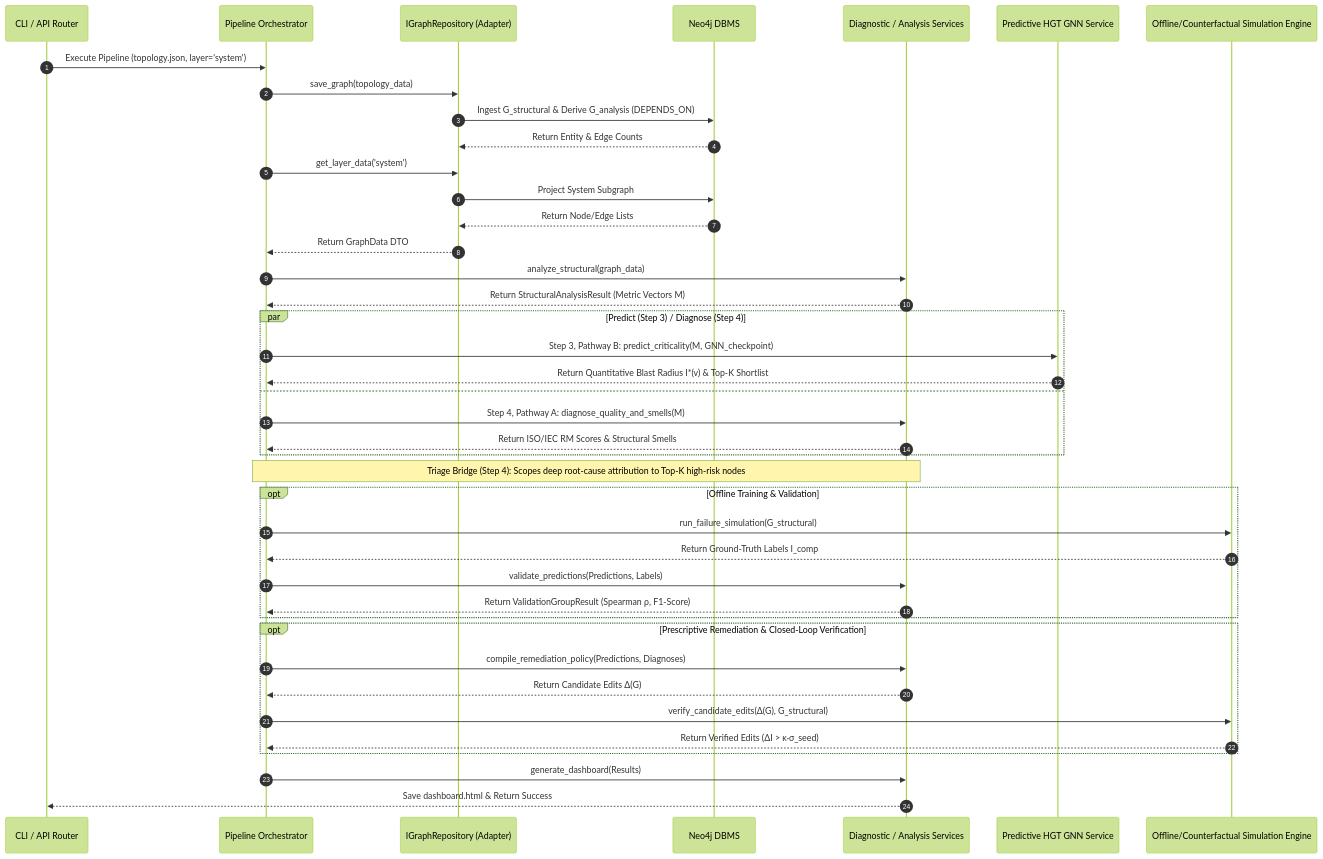
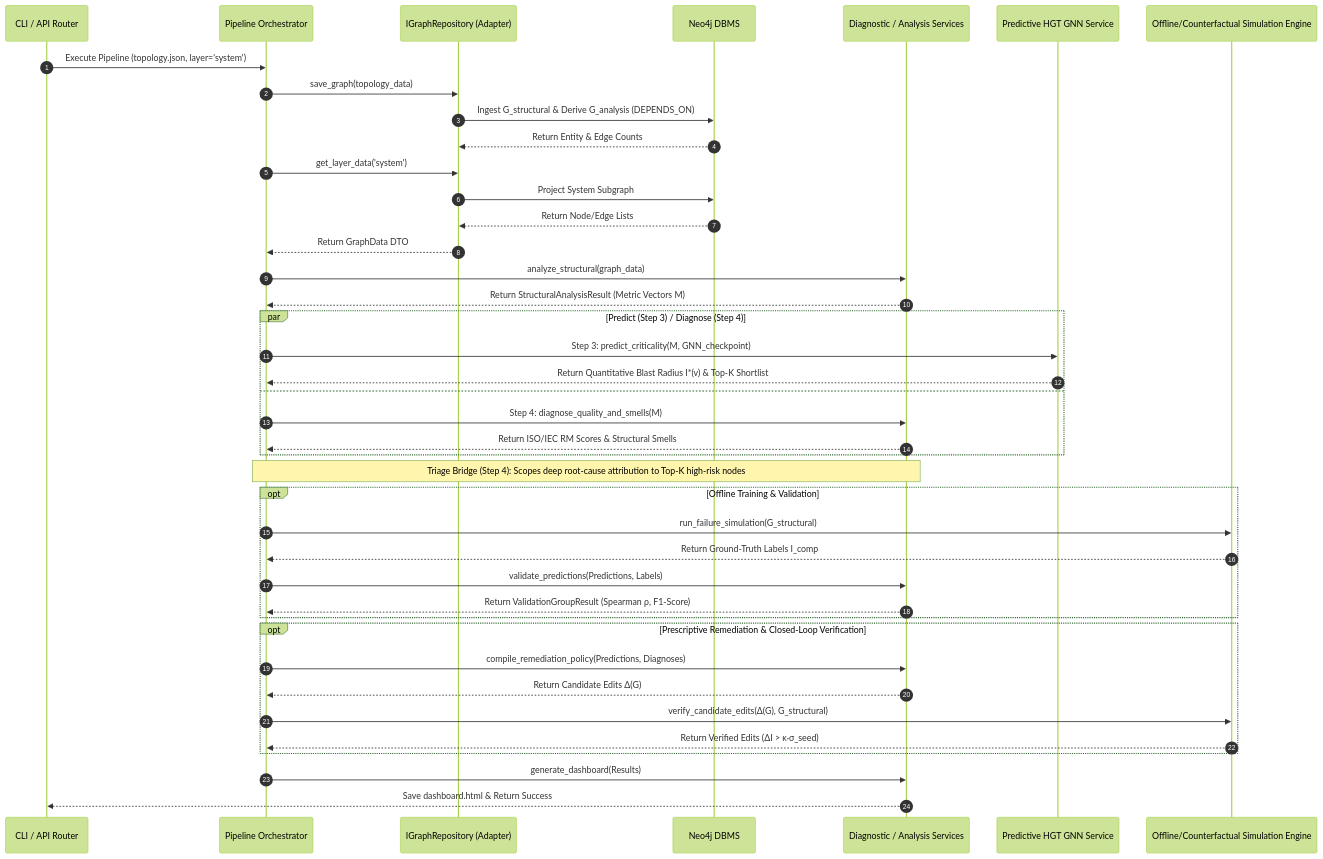
One commit to onuralpyigit/software-as-a-graph changed the second of 3 diagrams in docs/design/SAD.md. Above: the diagram before and after it, drawn with Mermaid (forest theme). The commit also changed 11 other files, not shown here.

Commit message:
refactor: Update documentation and CLI descriptions to remove pathway labels for Predict and Diagnose stages

````diff
--- a/docs/design/SAD.md
+++ b/docs/design/SAD.md
@@ -163,51 +163,51 @@
 ```mermaid
 sequenceDiagram
     autonumber
     participant Client as CLI / API Router
     participant UC as Pipeline Orchestrator
     participant Repo as IGraphRepository (Adapter)
     participant DB as Neo4j DBMS
     participant Engine as Diagnostic / Analysis Services
     participant PyG as Predictive HGT GNN Service
     participant Sim as Offline/Counterfactual Simulation Engine
 
     Client->>UC: Execute Pipeline (topology.json, layer='system')
     UC->>Repo: save_graph(topology_data)
     Repo->>DB: Ingest G_structural & Derive G_analysis (DEPENDS_ON)
     DB-->>Repo: Return Entity & Edge Counts
     
     UC->>Repo: get_layer_data('system')
     Repo->>DB: Project System Subgraph
     DB-->>Repo: Return Node/Edge Lists
     Repo-->>UC: Return GraphData DTO
     
     UC->>Engine: analyze_structural(graph_data)
     Engine-->>UC: Return StructuralAnalysisResult (Metric Vectors M)
     
     par Predict (Step 3) / Diagnose (Step 4)
-        UC->>PyG: Step 3, Pathway B: predict_criticality(M, GNN_checkpoint)
+        UC->>PyG: Step 3: predict_criticality(M, GNN_checkpoint)
         PyG-->>UC: Return Quantitative Blast Radius I*(v) & Top-K Shortlist
     and
-        UC->>Engine: Step 4, Pathway A: diagnose_quality_and_smells(M)
+        UC->>Engine: Step 4: diagnose_quality_and_smells(M)
         Engine-->>UC: Return ISO/IEC RM Scores & Structural Smells
     end
 
     Note over UC,Engine: Triage Bridge (Step 4): Scopes deep root-cause attribution to Top-K high-risk nodes
 
     opt Offline Training & Validation
         UC->>Sim: run_failure_simulation(G_structural)
         Sim-->>UC: Return Ground-Truth Labels I_comp
         UC->>Engine: validate_predictions(Predictions, Labels)
         Engine-->>UC: Return ValidationGroupResult (Spearman ρ, F1-Score)
     end
 
     opt Prescriptive Remediation & Closed-Loop Verification
         UC->>Engine: compile_remediation_policy(Predictions, Diagnoses)
         Engine-->>UC: Return Candidate Edits Δ(G)
         UC->>Sim: verify_candidate_edits(Δ(G), G_structural)
         Sim-->>UC: Return Verified Edits (ΔI > κ·σ_seed)
     end
 
     UC->>Engine: generate_dashboard(Results)
     Engine-->>Client: Save dashboard.html & Return Success
 ```
````
